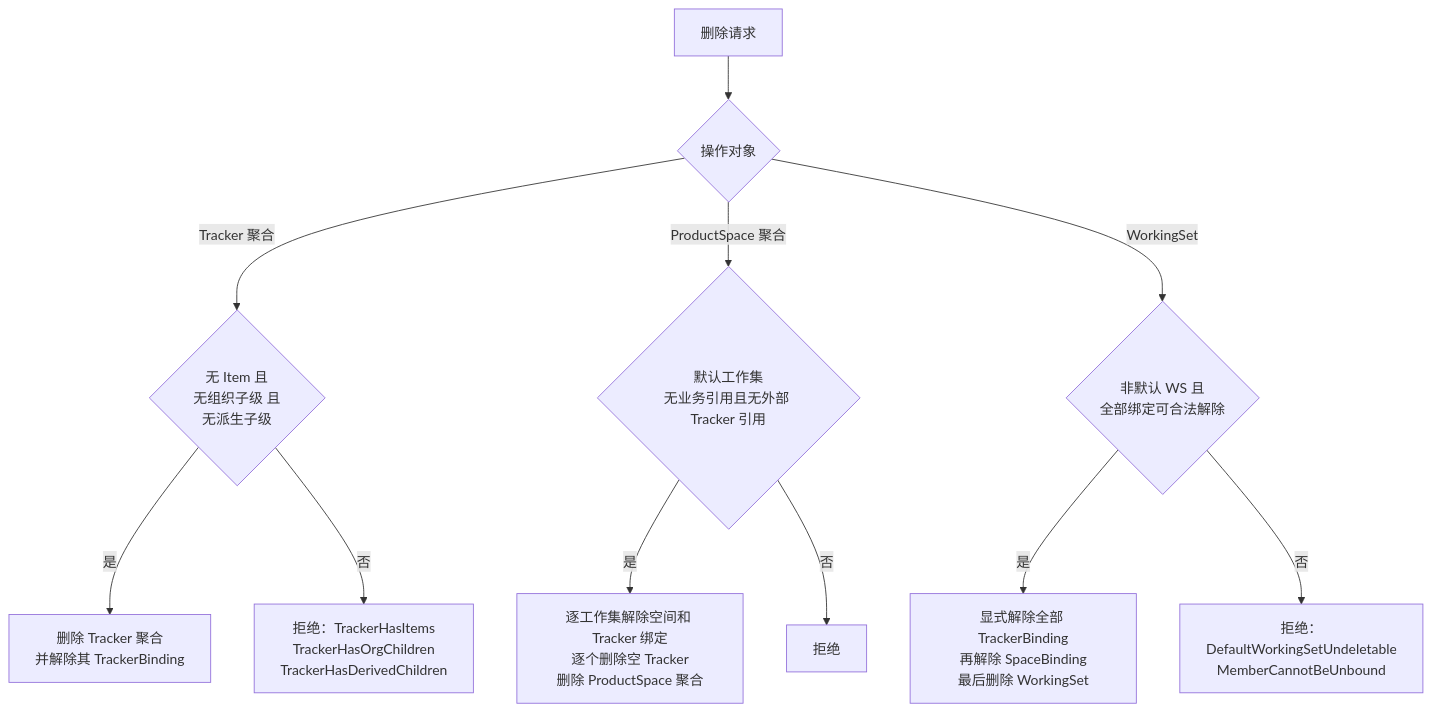
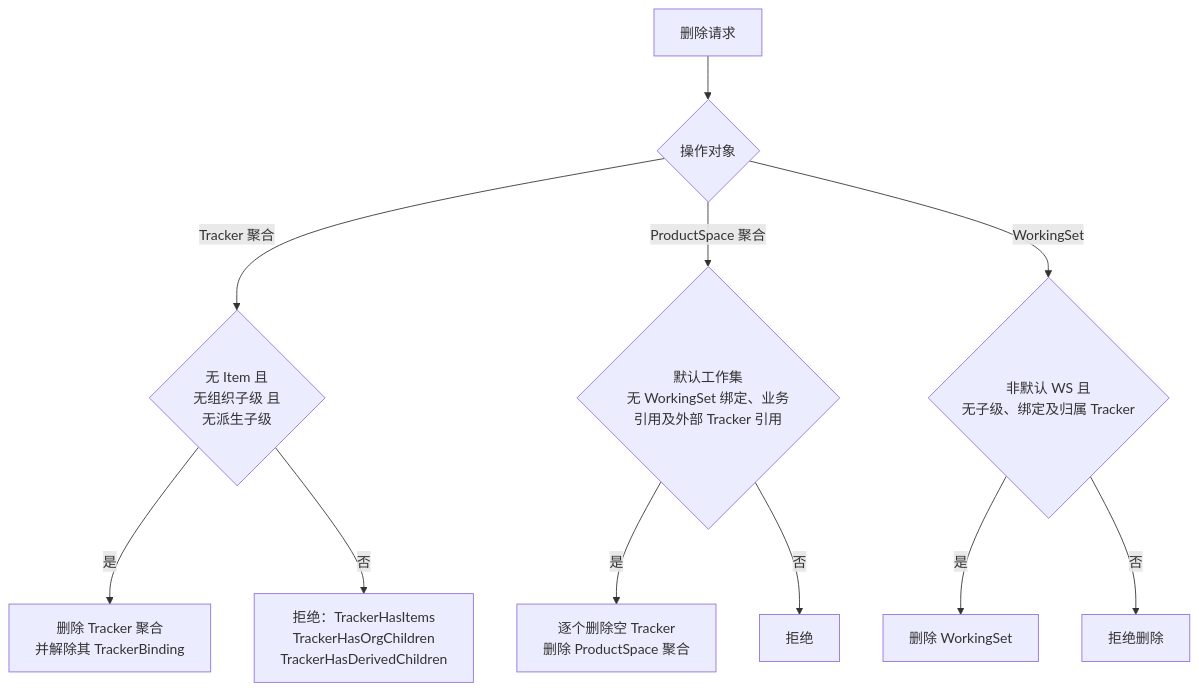
One commit to Greytrack/ddd-workingset changed the first of 4 diagrams in docs/working-set/diagrams/binding-lifecycle.md. Above: the diagram before and after it, drawn with Mermaid. The commit also changed other lines of this file and 38 other files, not shown here.

````diff
--- a/docs/working-set/diagrams/binding-lifecycle.md
+++ b/docs/working-set/diagrams/binding-lifecycle.md
@@ -17,16 +17,16 @@
 ```mermaid
 flowchart TD
     A["删除请求"] --> B{"操作对象"}
 
     B -->|"Tracker 聚合"| G{"无 Item 且<br/>无组织子级 且<br/>无派生子级"}
     G -->|"是"| G1["删除 Tracker 聚合<br/>并解除其 TrackerBinding"]
     G -->|"否"| G2["拒绝：TrackerHasItems<br/>TrackerHasOrgChildren<br/>TrackerHasDerivedChildren"]
 
-    B -->|"ProductSpace 聚合"| D{"默认工作集<br/>无业务引用且无外部 Tracker 引用"}
-    D -->|"是"| D1["逐工作集解除空间和 Tracker 绑定<br/>逐个删除空 Tracker<br/>删除 ProductSpace 聚合"]
+    B -->|"ProductSpace 聚合"| D{"默认工作集<br/>无 WorkingSet 绑定、业务引用及外部 Tracker 引用"}
+    D -->|"是"| D1["逐个删除空 Tracker<br/>删除 ProductSpace 聚合"]
     D -->|"否"| D2["拒绝"]
 
-    B -->|"WorkingSet"| E{"非默认 WS 且<br/>全部绑定可合法解除"}
-    E -->|"是"| E1["显式解除全部 TrackerBinding<br/>再解除 SpaceBinding<br/>最后删除 WorkingSet"]
-    E -->|"否"| E2["拒绝：DefaultWorkingSetUndeletable<br/>MemberCannotBeUnbound"]
+    B -->|"WorkingSet"| E{"非默认 WS 且<br/>无子级、绑定及归属 Tracker"}
+    E -->|"是"| E1["删除 WorkingSet"]
+    E -->|"否"| E2["拒绝删除"]
 ```
````
